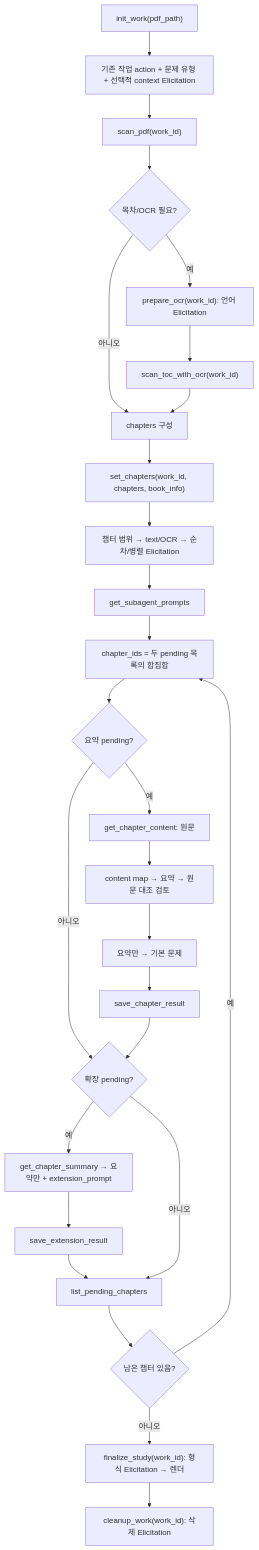
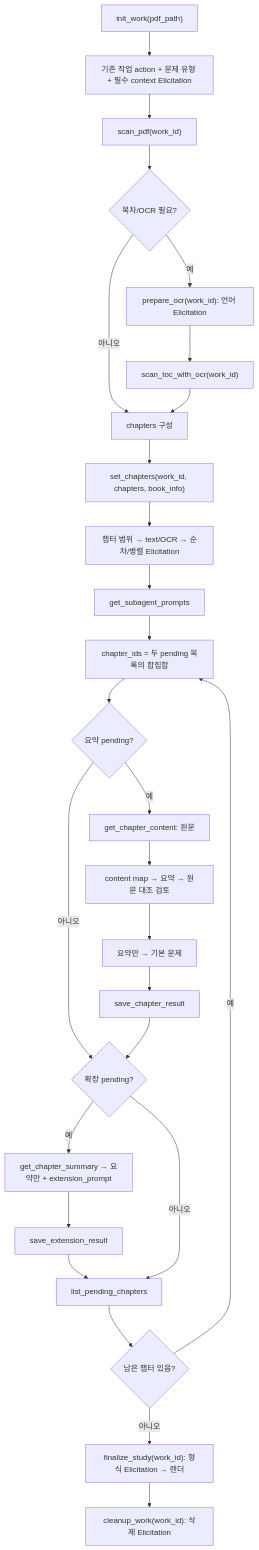
The diagram in docs/architecture.md (lsh2613/pdf-study), drawn with Mermaid before and after one commit. The commit also changed other lines of this file and 11 other files, not shown here.

Commit message:
docs: require learner context for new work

````diff
--- a/docs/architecture.md
+++ b/docs/architecture.md
@@ -68,32 +70,32 @@
 ```mermaid
 flowchart TD
-    A["init_work(pdf_path)"] --> A0["기존 작업 action + 문제 유형 + 선택적 context Elicitation"]
+    A["init_work(pdf_path)"] --> A0["기존 작업 action + 문제 유형 + 필수 context Elicitation"]
     A0 --> B["scan_pdf(work_id)"]
     B --> C{"목차/OCR 필요?"}
     C -->|예| D["prepare_ocr(work_id): 언어 Elicitation"]
     D --> E["scan_toc_with_ocr(work_id)"]
     C -->|아니오| F["chapters 구성"]
     E --> F
     F --> G["set_chapters(work_id, chapters, book_info)"]
     G --> G0["챕터 범위 → text/OCR → 순차/병렬 Elicitation"]
     G0 --> P["get_subagent_prompts"]
 
     P --> Q["chapter_ids = 두 pending 목록의 합집합"]
     Q --> S{"요약 pending?"}
     S -->|예| R["get_chapter_content: 원문"]
     R --> R0["content map → 요약 → 원문 대조 검토"]
     R0 --> R1["요약만 → 기본 문제"]
     R1 --> S0["save_chapter_result"]
     S -->|아니오| S1{"확장 pending?"}
     S0 --> S1
 
     S1 -->|예| T["get_chapter_summary → 요약만 + extension_prompt"]
     T --> U["save_extension_result"]
     U --> V["list_pending_chapters"]
     S1 -->|아니오| V
 
     V --> W{"남은 챕터 있음?"}
     W -->|예| Q
     W -->|아니오| X["finalize_study(work_id): 형식 Elicitation → 렌더"]
     X --> Y["cleanup_work(work_id): 삭제 Elicitation"]
 ```
````
